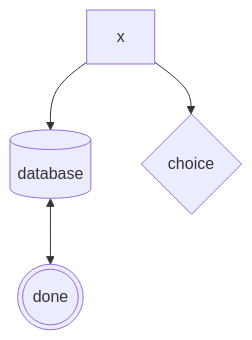
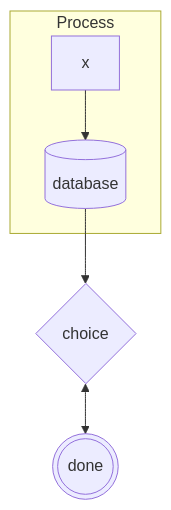
The first of 2 diagrams in bombadil/fixture.md (unexge/mdr), drawn with Mermaid before and after one commit. The commit also changed 5 other files, not shown here.

First line of the commit message:
feat: Render Mermaid flowchart subgraphs

````diff
--- a/bombadil/fixture.md
+++ b/bombadil/fixture.md
@@ -47,5 +47,8 @@
 ```mermaid
 graph TD
-A["x"] --> B[(database)] & C{choice}
-B <--> D(((done)))
+subgraph process [Process]
+A["x"] --> B[(database)]
+end
+B --> C{choice}
+C <--> D(((done)))
 ```
````
